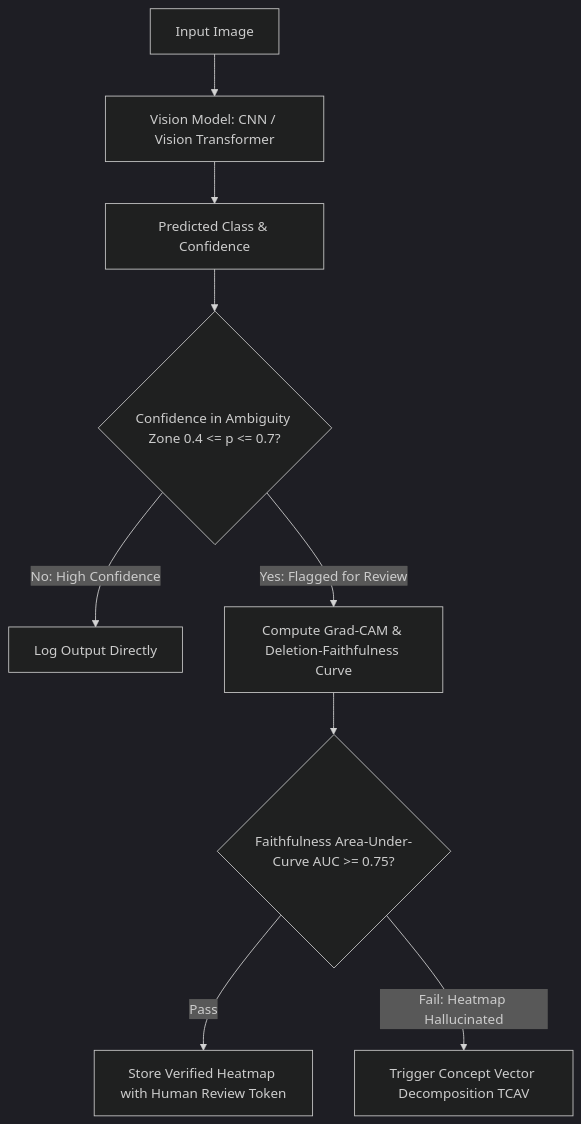
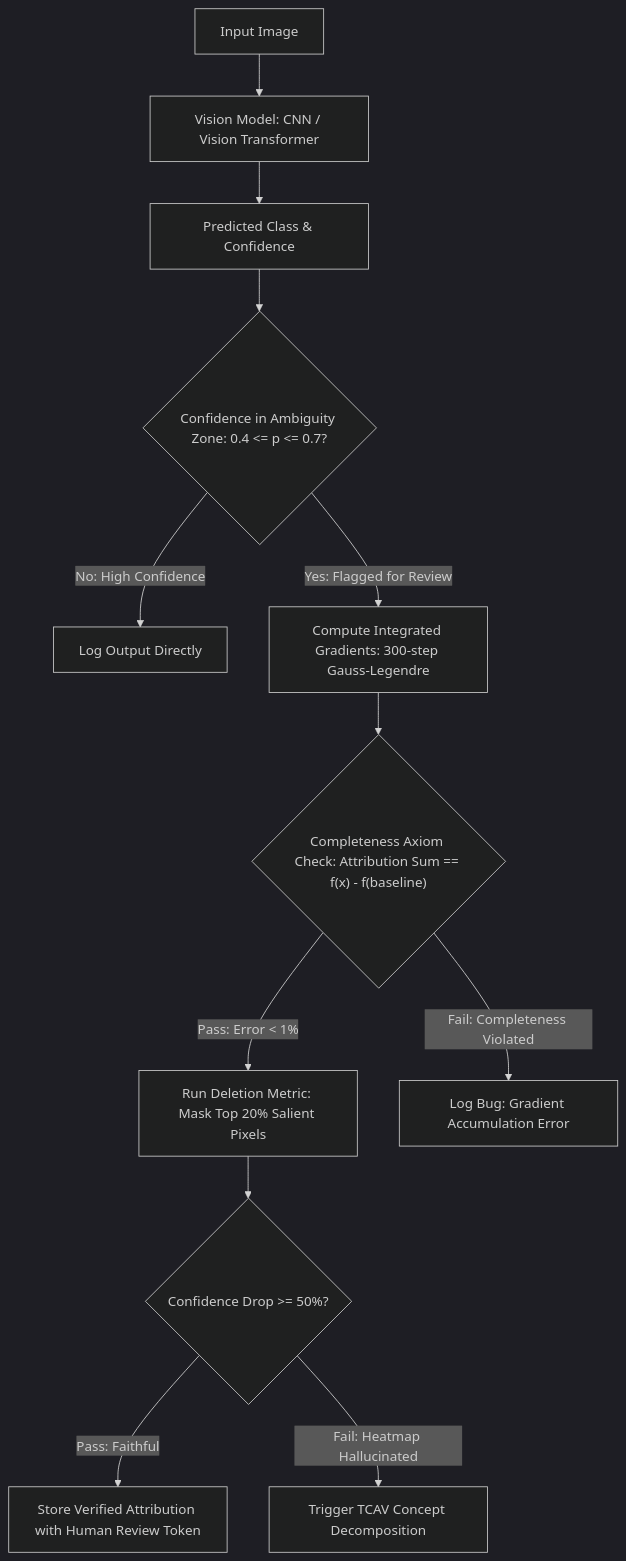
One commit to sergiomh499/cv-projects changed the diagram in topics/explainability-and-interpretability/02-production-pipeline-and-workarounds.md. Above: the diagram before and after it, drawn with Mermaid (dark theme). The commit also changed other lines of this file and 51 other files, not shown here.

````diff
--- a/topics/explainability-and-interpretability/02-production-pipeline-and-workarounds.md
+++ b/topics/explainability-and-interpretability/02-production-pipeline-and-workarounds.md
@@ -21,12 +21,14 @@
 ```mermaid
 flowchart TD
     Input["Input Image"] --> Model["Vision Model: CNN / Vision Transformer"]
     Model --> Prediction["Predicted Class & Confidence"]
-    Prediction --> Check{"Confidence in Ambiguity Zone 0.4 <= p <= 0.7?"}
+    Prediction --> Check{"Confidence in Ambiguity Zone: 0.4 <= p <= 0.7?"}
     Check -->|No: High Confidence| FastPath["Log Output Directly"]
-    Check -->|Yes: Flagged for Review| XAI["Compute Grad-CAM & Deletion-Faithfulness Curve"]
-    XAI --> FaithScore{"Faithfulness Area-Under-Curve AUC >= 0.75?"}
-    FaithScore -->|Pass| AuditLog["Store Verified Heatmap with Human Review Token"]
-    FaithScore -->|Fail: Heatmap Hallucinated| Fallback["Trigger Concept Vector Decomposition TCAV"]
-
+    Check -->|Yes: Flagged for Review| XAI["Compute Integrated Gradients: 300-step Gauss-Legendre"]
+    XAI --> FaithScore{"Completeness Axiom Check: Attribution Sum == f(x) - f(baseline)"}
+    FaithScore -->|Pass: Error < 1%| DeletionTest["Run Deletion Metric: Mask Top 20% Salient Pixels"]
+    DeletionTest --> DeletionCheck{"Confidence Drop >= 50%?"}
+    DeletionCheck -->|Pass: Faithful| AuditLog["Store Verified Attribution with Human Review Token"]
+    DeletionCheck -->|Fail: Heatmap Hallucinated| Fallback["Trigger TCAV Concept Decomposition"]
+    FaithScore -->|Fail: Completeness Violated| Error["Log Bug: Gradient Accumulation Error"]
 ```
````
